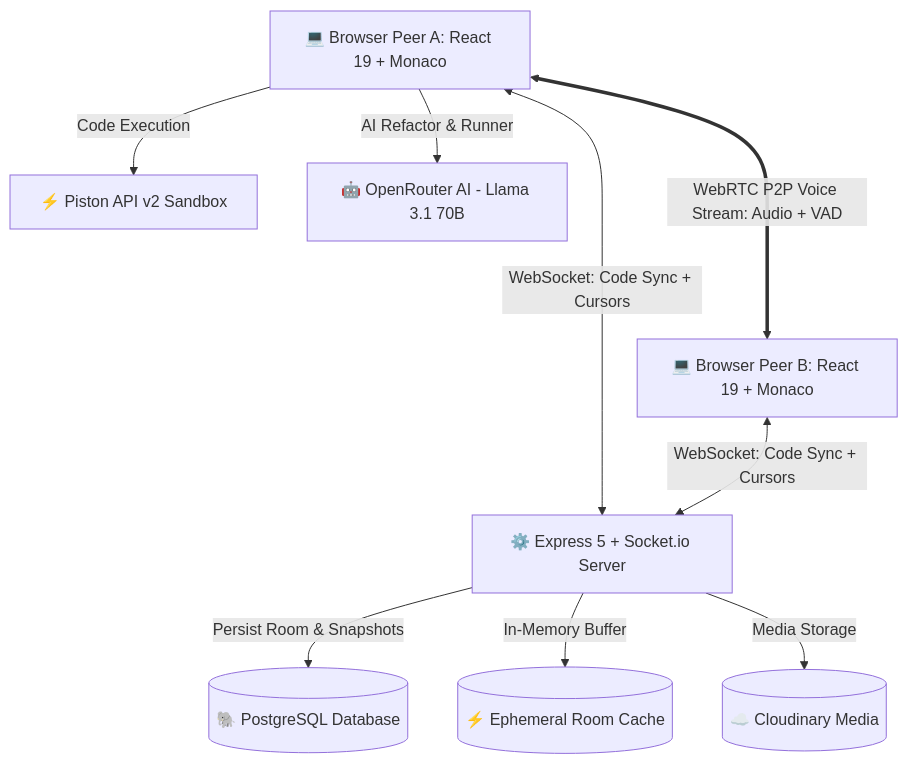
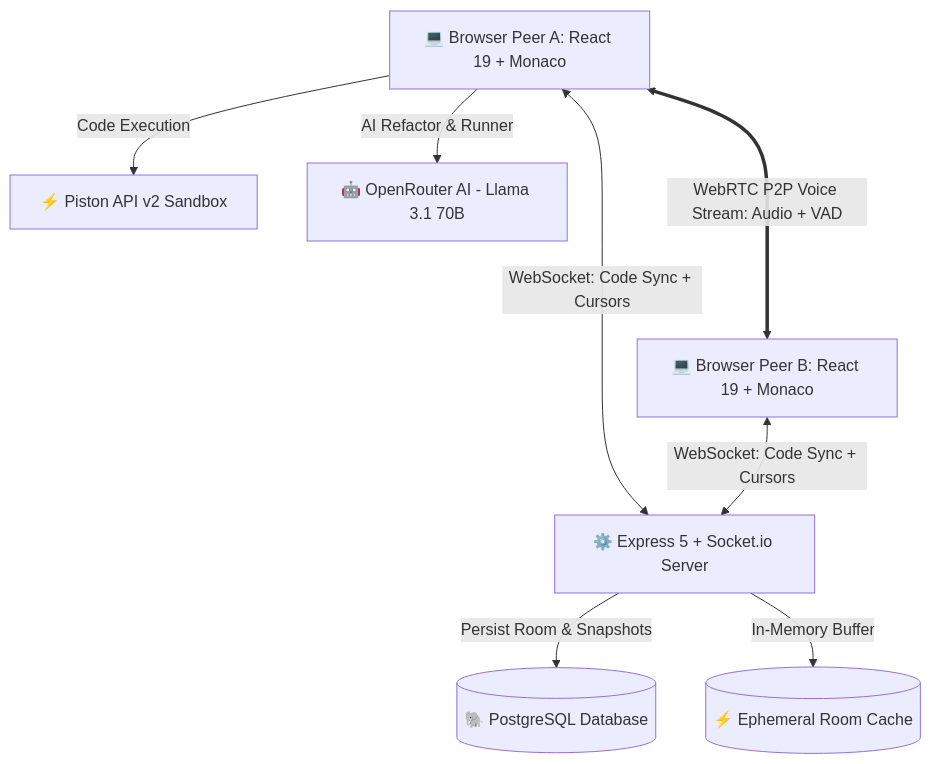
Before and after one commit to Tharun4743/GOAT-CE: the first of 2 diagrams in README.md, drawn with Mermaid. The commit also changed other lines of this file and 3 other files, not shown here.

````diff
--- a/README.md
+++ b/README.md
@@ -56,13 +55,12 @@
 ```mermaid
 graph TD
     ClientA[💻 Browser Peer A: React 19 + Monaco] <-->|WebSocket: Code Sync + Cursors| Server[⚙️ Express 5 + Socket.io Server]
     ClientB[💻 Browser Peer B: React 19 + Monaco] <-->|WebSocket: Code Sync + Cursors| Server
     ClientA <===>|WebRTC P2P Voice Stream: Audio + VAD| ClientB
 
     Server -->|Persist Room & Snapshots| DB[(🐘 PostgreSQL Database)]
     Server -->|In-Memory Buffer| Cache[(⚡ Ephemeral Room Cache)]
-    Server -->|Media Storage| Cloudinary[(☁️ Cloudinary Media)]
     
     ClientA -->|Code Execution| Piston[⚡ Piston API v2 Sandbox]
     ClientA -->|AI Refactor & Runner| OpenRouter[🤖 OpenRouter AI - Llama 3.1 70B]
 ```
````
